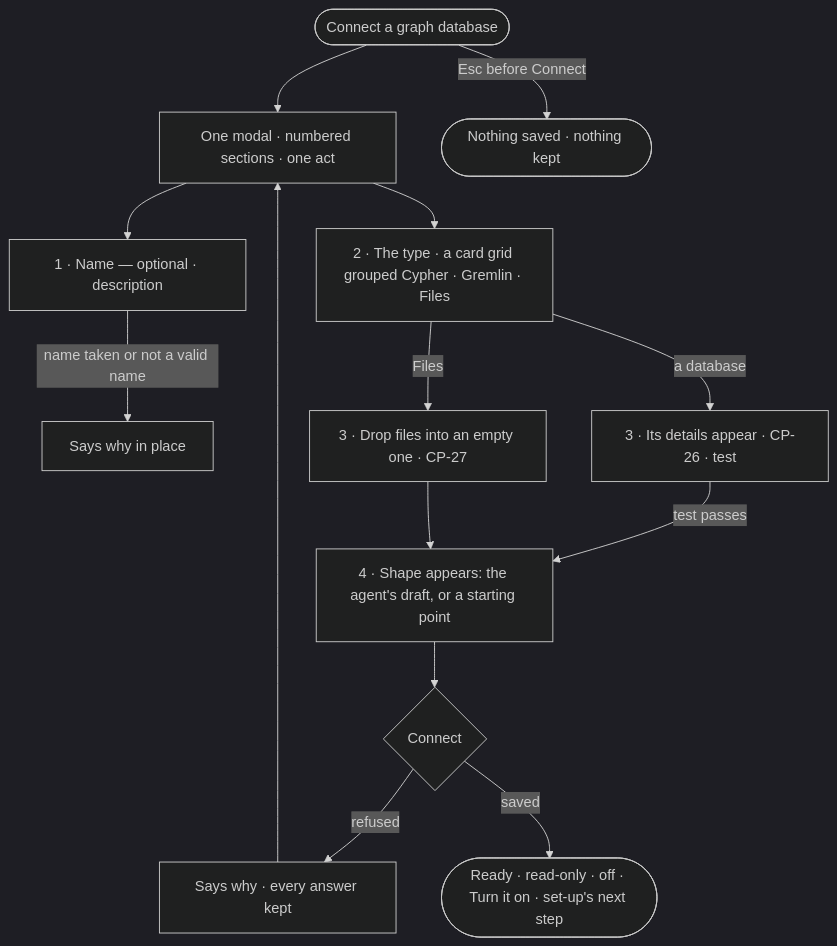
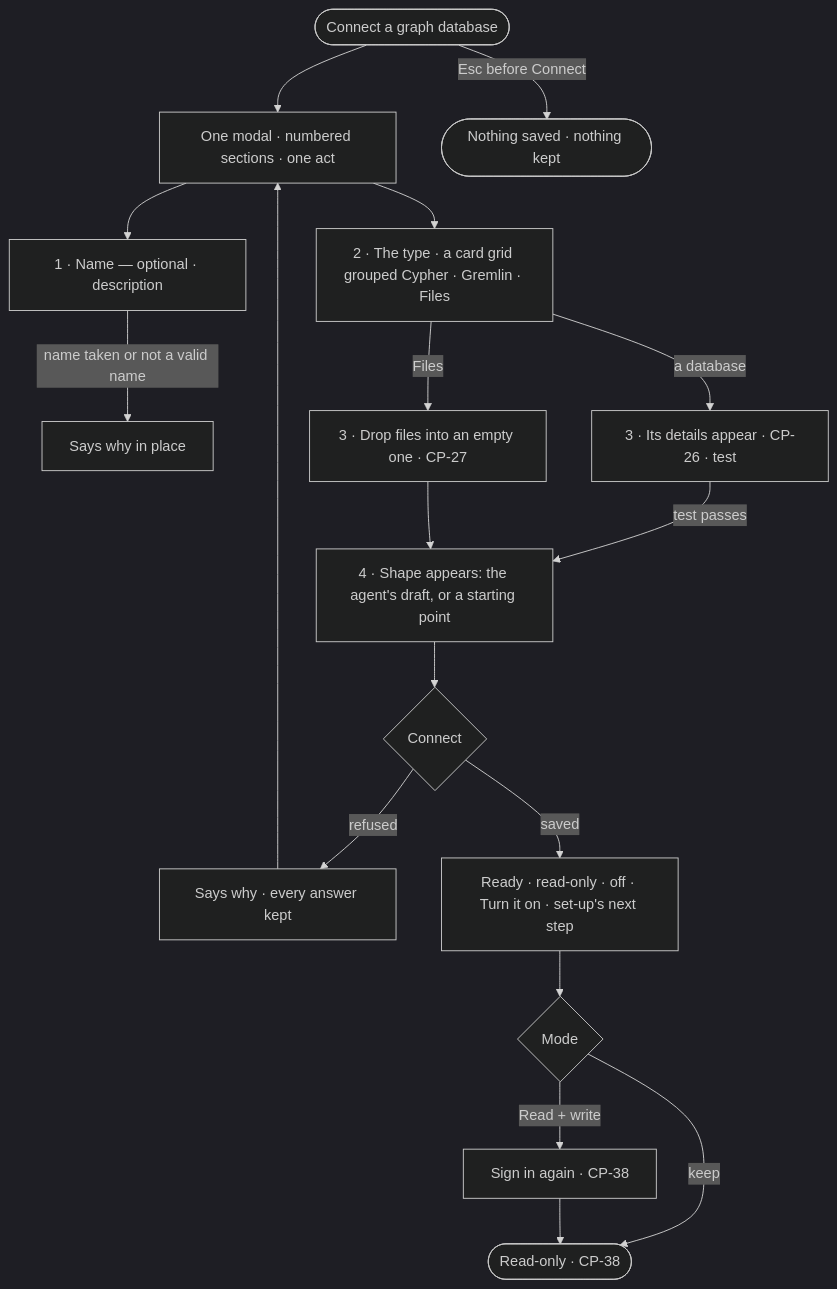
Before and after one commit to invana/invana: the diagram in specs/os/control/features/CP-F05-graph-databases/stories/CP-25-connect-a-graph-database-in-one-modal-of-steps/story.md, drawn with Mermaid (dark theme). The commit also changed other lines of this file and 6 other files, not shown here.

Commit message:
wip(platform-design-2): P04 · step 2 — create-project in five steps, connect mode, map-led page, inquiry tree, team access

````diff
--- a/specs/os/control/features/CP-F05-graph-databases/stories/CP-25-connect-a-graph-database-in-one-modal-of-steps/story.md
+++ b/specs/os/control/features/CP-F05-graph-databases/stories/CP-25-connect-a-graph-database-in-one-modal-of-steps/story.md
@@ -28,15 +28,18 @@
 ```mermaid
 flowchart TD
   o([Connect a graph database]) --> m["One modal · numbered sections · one act"]
   m --> s1["1 · Name — optional · description"]
   s1 -->|name taken or not a valid name| t["Says why in place"]
   m --> s2["2 · The type · a card grid grouped Cypher · Gremlin · Files"]
   s2 -->|a database| s3["3 · Its details appear · CP-26 · test"]
   s2 -->|Files| s3f["3 · Drop files into an empty one · CP-27"]
   s3 -->|test passes| s4["4 · Shape appears: the agent's draft, or a starting point"]
   s3f --> s4
   s4 --> cn{"Connect"}
   cn -->|refused| rf["Says why · every answer kept"] --> m
-  cn -->|saved| rd(["Ready · read-only · off · Turn it on · set-up's next step"])
+  cn -->|saved| rd["Ready · read-only · off · Turn it on · set-up's next step"]
+  rd --> md{"Mode"}
+  md -->|keep| ro(["Read-only · CP-38"])
+  md -->|Read + write| rw["Sign in again · CP-38"] --> ro
   o -->|Esc before Connect| x(["Nothing saved · nothing kept"])
 ```
````
